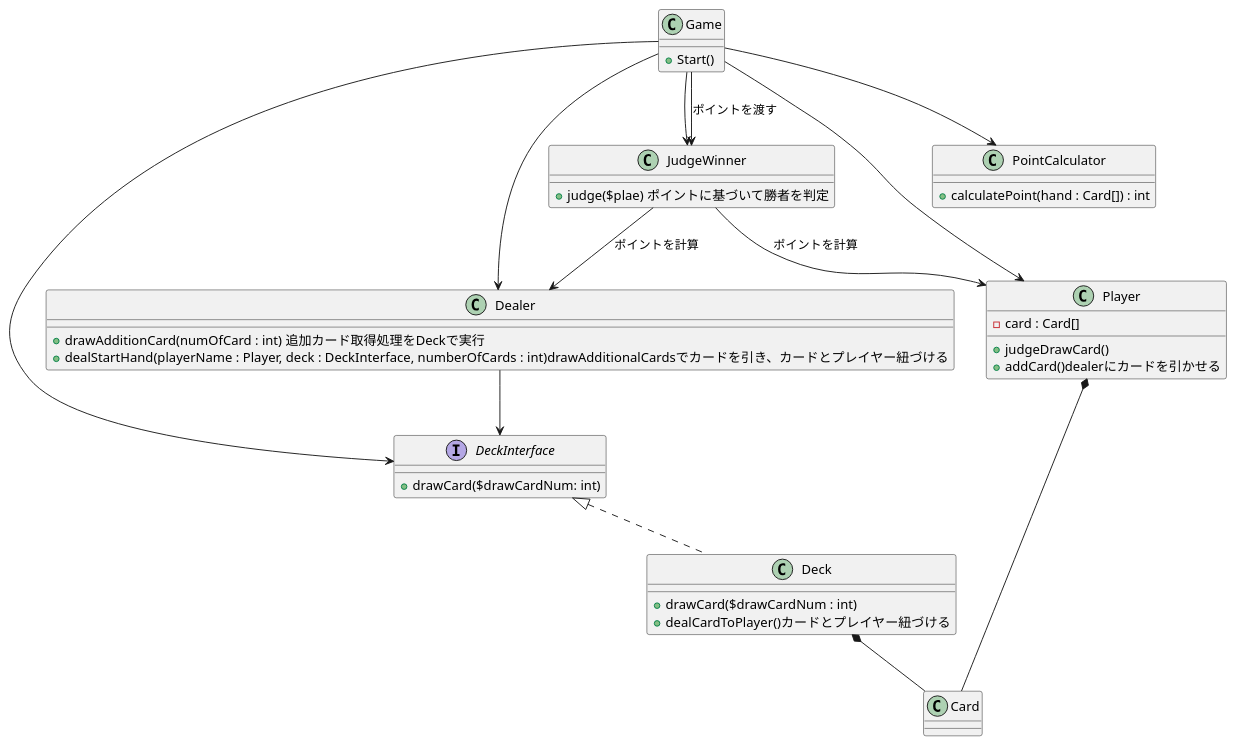
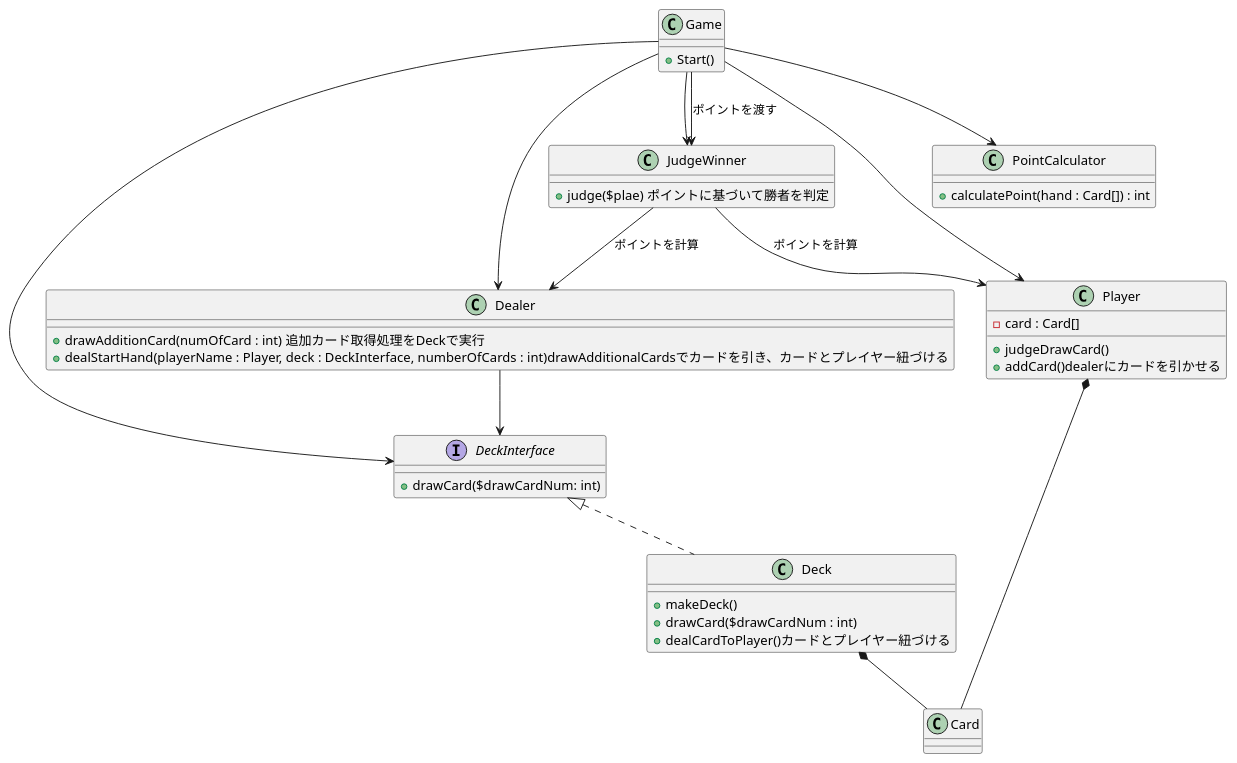
Before and after one commit to takuya-ya/part3.1: the diagram in src/lib/black_jack/diagram.puml, drawn with PlantUML. The commit also changed 1 other file, not shown here.

```diff
--- a/src/lib/black_jack/diagram.puml
+++ b/src/lib/black_jack/diagram.puml
@@ -1,52 +1,53 @@
 @startuml
 
 class Game{
   +Start()
 }
 
 class Dealer {
   +drawAdditionCard(numOfCard : int) 追加カード取得処理をDeckで実行
   +dealStartHand(playerName : Player, deck : DeckInterface, numberOfCards : int)drawAdditionalCardsでカードを引き、カードとプレイヤー紐づける
 }
 
 interface DeckInterface {
   +drawCard($drawCardNum: int)
 }
 
 class Deck {
+  +makeDeck()
   +drawCard($drawCardNum : int)
   +dealCardToPlayer()カードとプレイヤー紐づける
 }
 
 class Card {
 }
 
 class Player {
   -card : Card[]
   +judgeDrawCard()
   +addCard()dealerにカードを引かせる
 }
 
 class PointCalculator {
   +calculatePoint(hand : Card[]) : int
 }
 
 class JudgeWinner {
   +judge($plae) ポイントに基づいて勝者を判定
 }
 
 
 Game --> DeckInterface
 Game --> Dealer
 Game --> Player
 Game --> JudgeWinner
 Game --> PointCalculator
 Game --> JudgeWinner : ポイントを渡す
 Dealer --> DeckInterface
 DeckInterface <|.. Deck
 Deck *-- Card
 Player *-- Card
 JudgeWinner --> Dealer : ポイントを計算
 JudgeWinner --> Player : ポイントを計算
 
 @enduml
```
